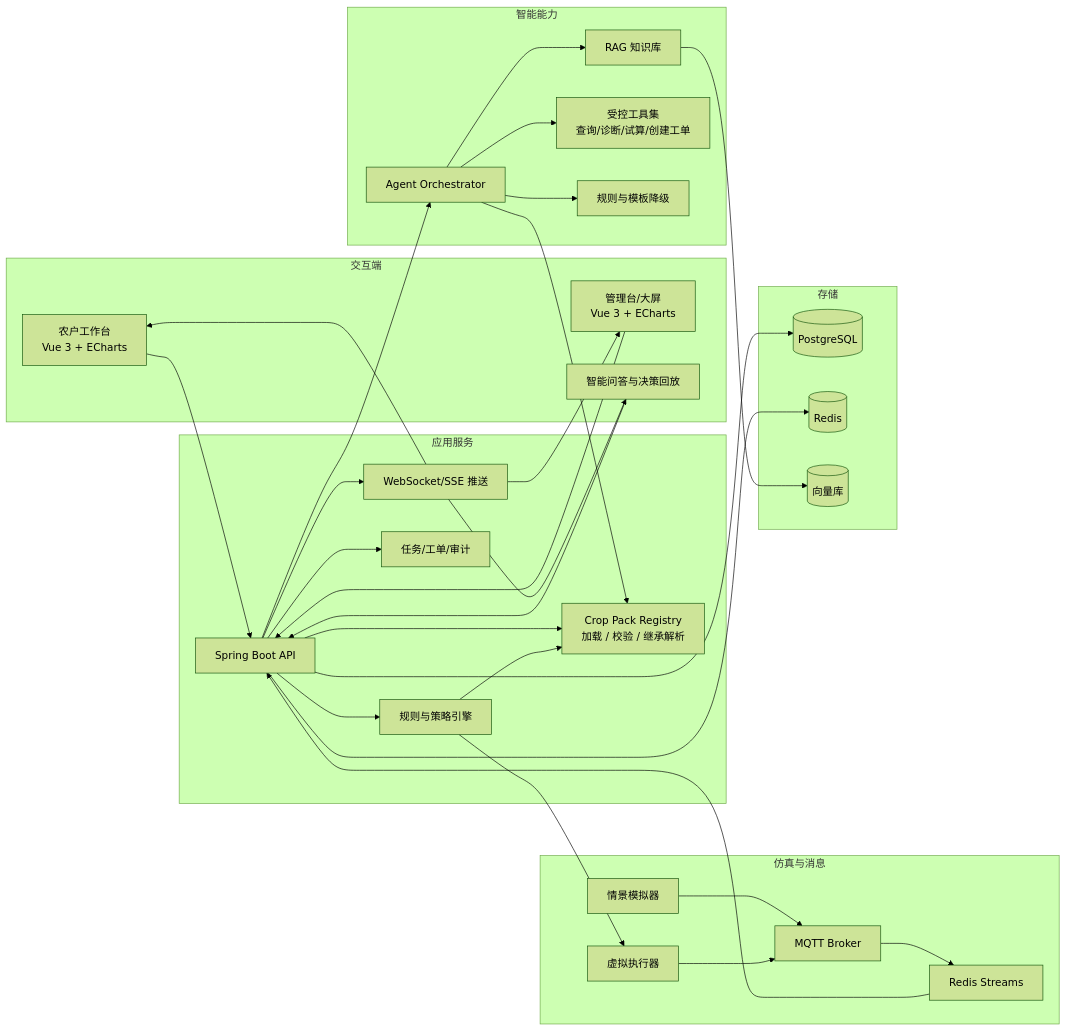
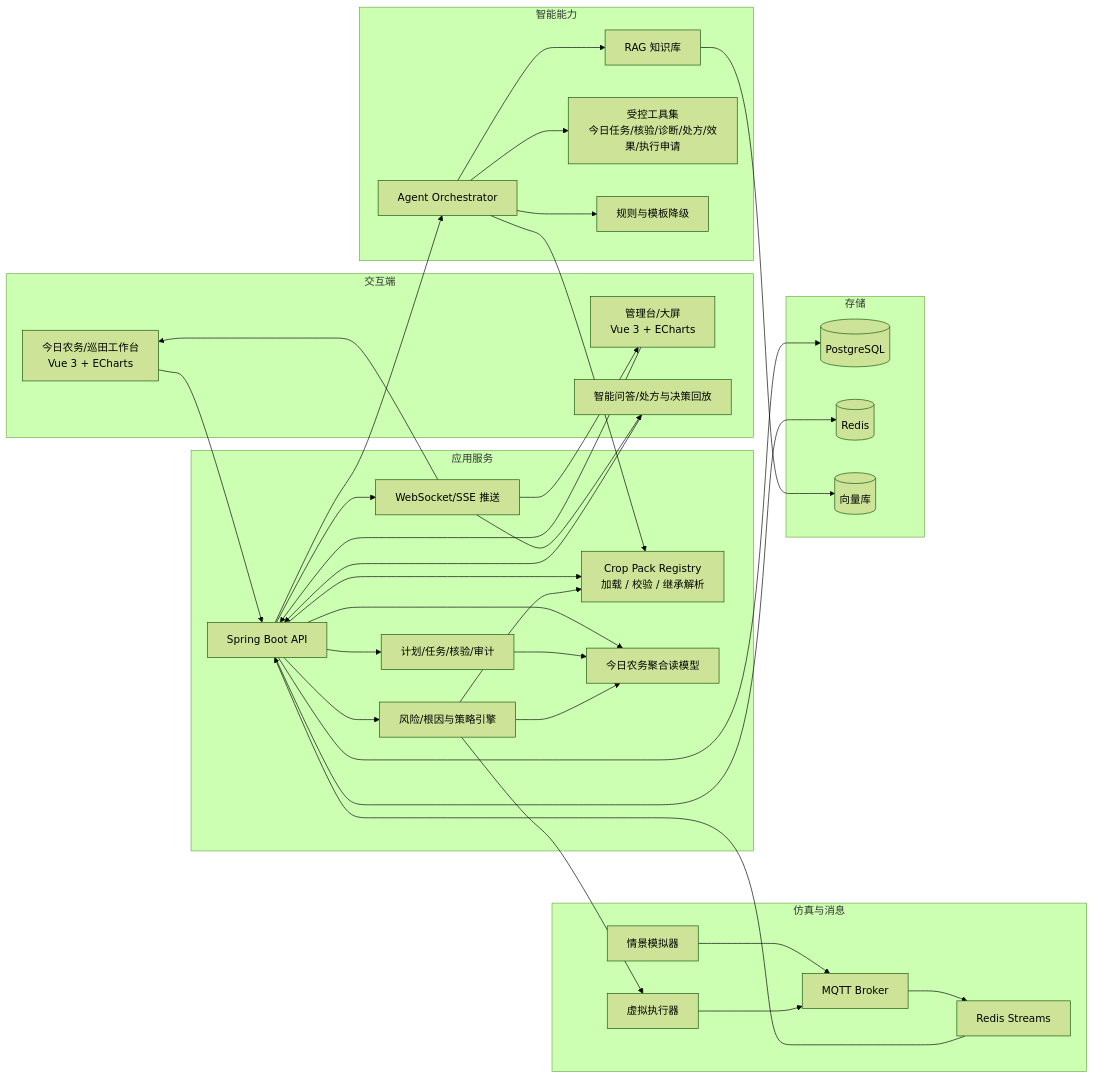
One commit to FlowerNeverFade/smart-agriculture changed the first of 4 diagrams in 03_智慧农业_技术架构.md. Above: the diagram before and after it, drawn with Mermaid (forest theme). The commit also changed other lines of this file and 6 other files, not shown here.

````diff
--- a/03_智慧农业_技术架构.md
+++ b/03_智慧农业_技术架构.md
@@ -38,53 +40,57 @@
 ```mermaid
 flowchart LR
     subgraph Client[交互端]
-      H5[农户工作台\nVue 3 + ECharts]
+      H5[今日农务/巡田工作台\nVue 3 + ECharts]
       OPS[管理台/大屏\nVue 3 + ECharts]
-      CHAT[智能问答与决策回放]
+      CHAT[智能问答/处方与决策回放]
     end
     subgraph App[应用服务]
       API[Spring Boot API]
       CROP[Crop Pack Registry\n加载 / 校验 / 继承解析]
-      RULE[规则与策略引擎]
-      JOB[任务/工单/审计]
+      RULE[风险/根因与策略引擎]
+      JOB[计划/任务/核验/审计]
+      READ[今日农务聚合读模型]
       PUSH[WebSocket/SSE 推送]
     end
     subgraph AI[智能能力]
       ORCH[Agent Orchestrator]
       RAG[RAG 知识库]
-      TOOLS[受控工具集\n查询/诊断/试算/创建工单]
+      TOOLS[受控工具集\n今日任务/核验/诊断/处方/效果/执行申请]
       FALLBACK[规则与模板降级]
     end
     subgraph Sim[仿真与消息]
       RUNNER[情景模拟器]
       MQTT[MQTT Broker]
       STREAM[Redis Streams]
       VDEV[虚拟执行器]
     end
     subgraph Store[存储]
       PG[(PostgreSQL)]
       REDIS[(Redis)]
       VECTOR[(向量库)]
     end
     H5 --> API
     OPS --> API
     CHAT --> API
     API --> CROP
     API --> PUSH
     API --> RULE
     API --> ORCH
     API --> JOB
+    API --> READ
+    JOB --> READ
+    RULE --> READ
     ORCH --> RAG
     ORCH --> TOOLS
     ORCH --> FALLBACK
     ORCH --> CROP
     RULE --> CROP
     RUNNER --> MQTT --> STREAM --> API
     RULE --> VDEV --> MQTT
     API --> PG
     API --> REDIS
     RAG --> VECTOR
     PUSH --> H5
     PUSH --> OPS
     PUSH --> CHAT
 ```
````
